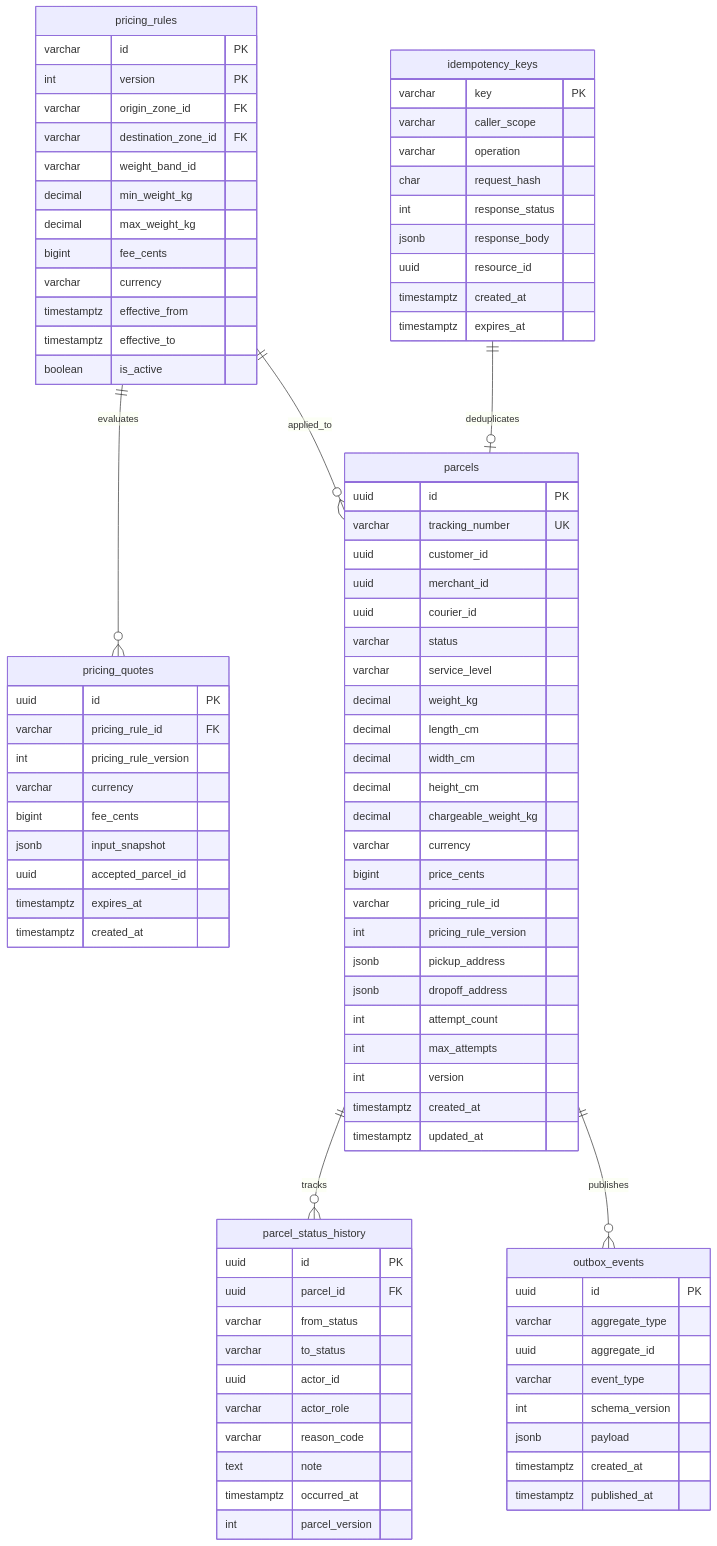
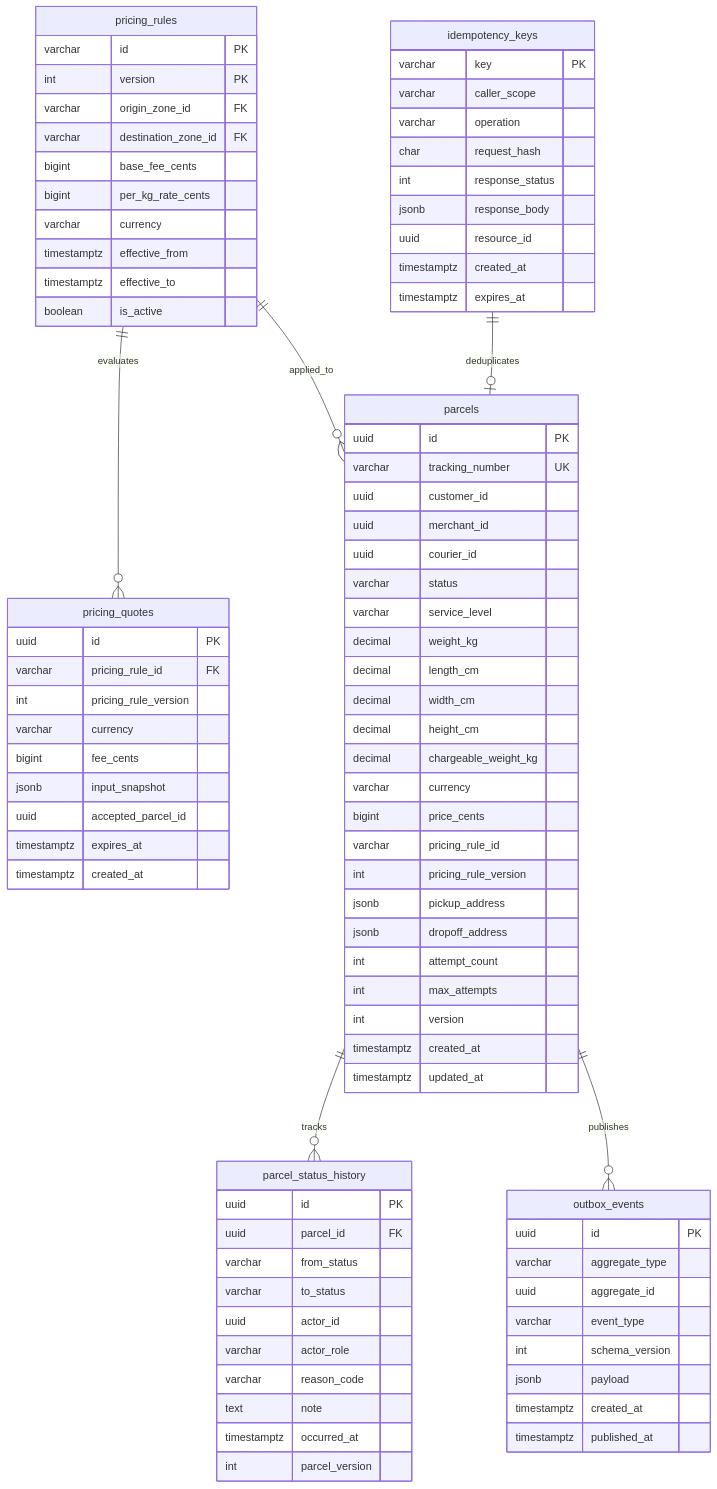
The first of 2 diagrams in docs/drafts/member-02-parcels-pricing/doc-03-internal-architecture-and-design.md (phantomTroupeEAD/SwiftDrop), drawn with Mermaid before and after one commit. The commit also changed other lines of this file and 11 other files, not shown here.

First line of the commit message:
docs(member-02): update pricing model to base fee plus per-kilogram surcharge

```diff
--- a/docs/drafts/member-02-parcels-pricing/doc-03-internal-architecture-and-design.md
+++ b/docs/drafts/member-02-parcels-pricing/doc-03-internal-architecture-and-design.md
@@ -407,10 +408,8 @@
         int version PK
         varchar origin_zone_id FK
         varchar destination_zone_id FK
-        varchar weight_band_id
-        decimal min_weight_kg
-        decimal max_weight_kg
-        bigint fee_cents
+        bigint base_fee_cents
+        bigint per_kg_rate_cents
         varchar currency
         timestamptz effective_from
         timestamptz effective_to
```
